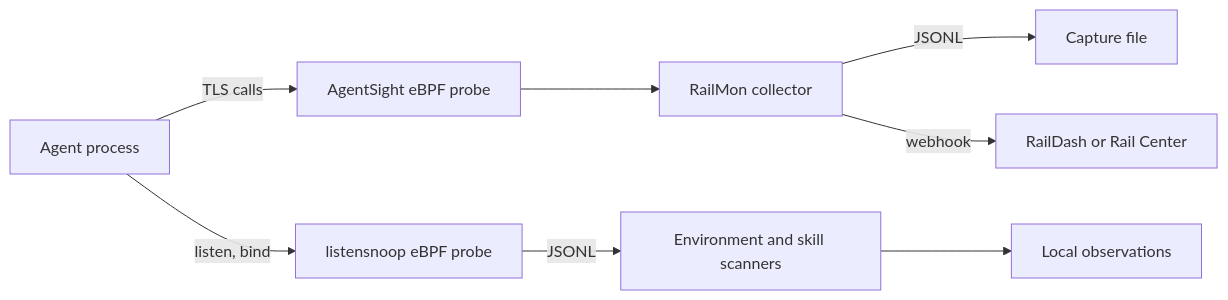
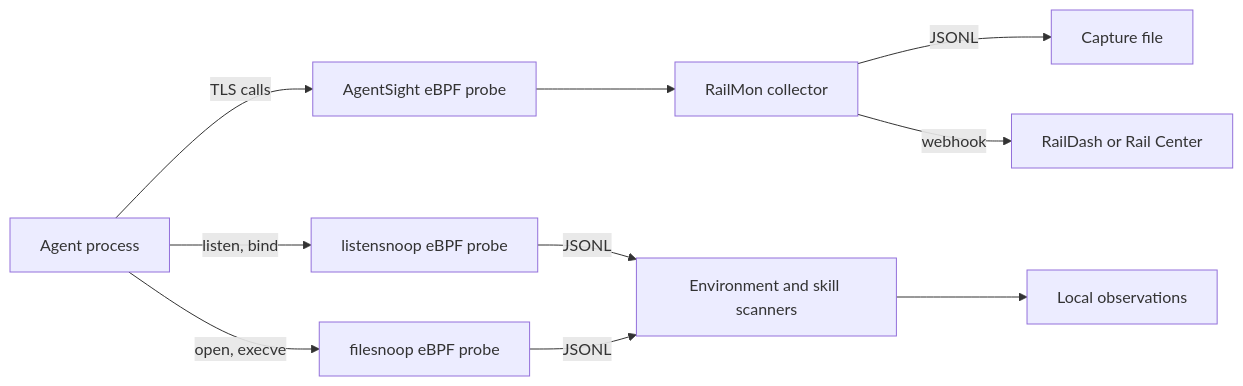
The diagram in README.md (datrail/railmon), drawn with Mermaid before and after one commit. The commit also changed other lines of this file and 14 other files, not shown here.

````diff
--- a/README.md
+++ b/README.md
@@ -63,10 +63,12 @@
 ```mermaid
 flowchart LR
   agent[Agent process] -->|TLS calls| probe[AgentSight eBPF probe]
   probe --> collector[RailMon collector]
   scanner[Environment and skill scanners] --> output[Local observations]
   agent -->|listen, bind| listen[listensnoop eBPF probe]
   listen -->|JSONL| scanner
+  agent -->|open, execve| files[filesnoop eBPF probe]
+  files -->|JSONL| scanner
   collector -->|JSONL| file[Capture file]
   collector -->|webhook| dash[RailDash or Rail Center]
 ```
````
